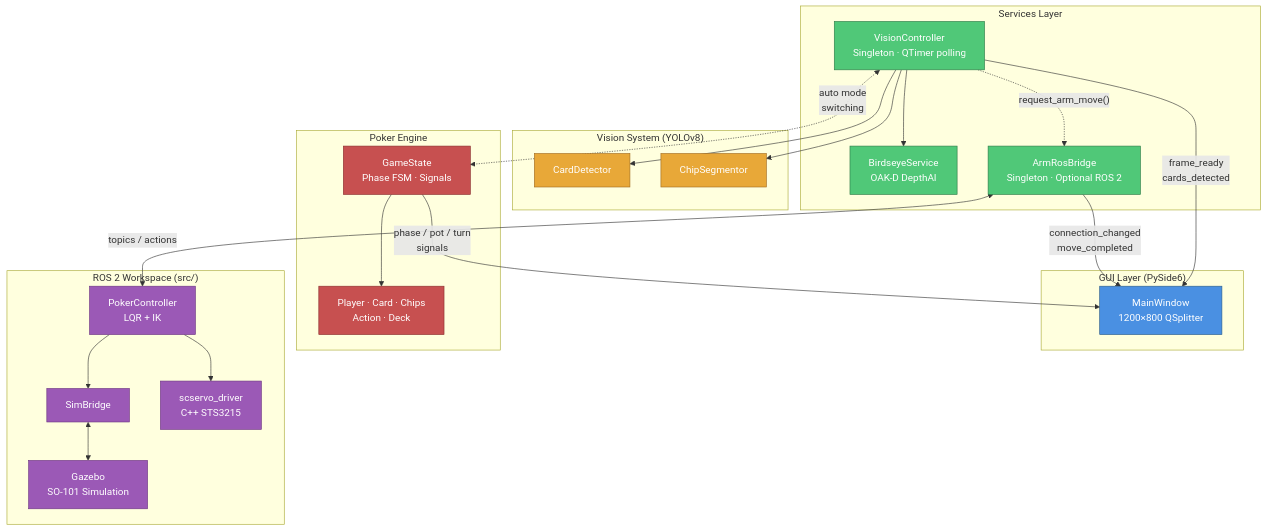
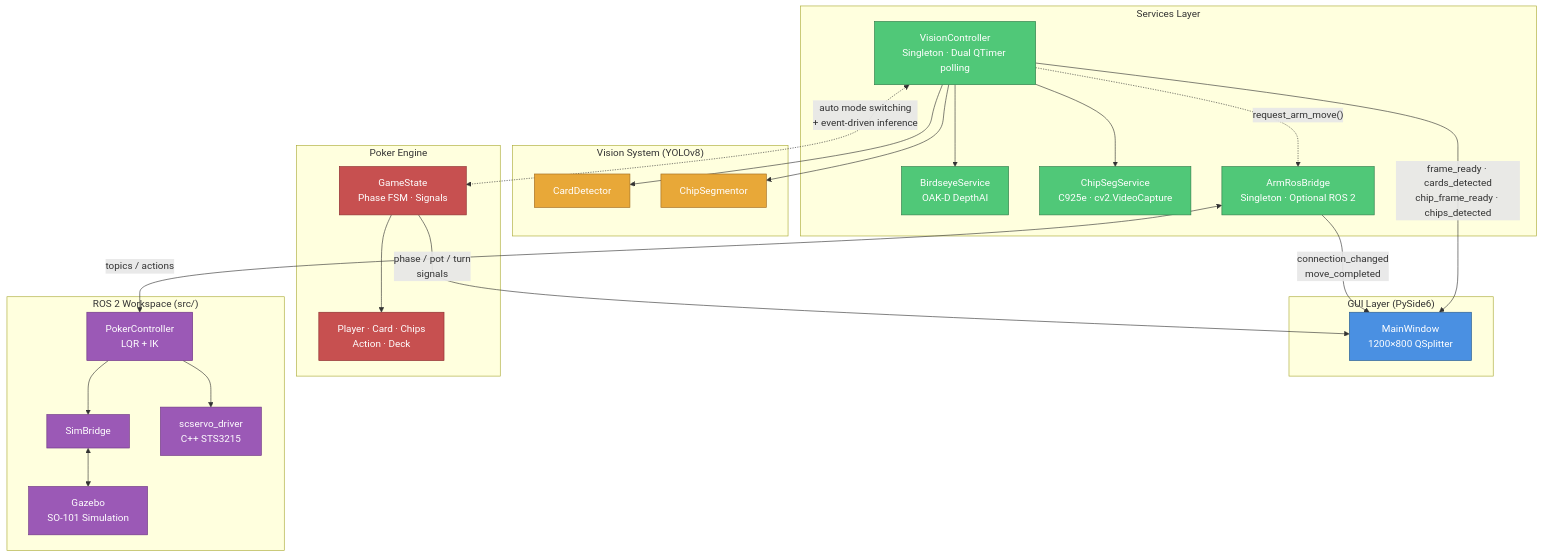
The diagram in docs/diagrams/system-architecture/system-architecture.mmd (jalliet/prap-25-26), drawn with Mermaid before and after one commit. The commit also changed 10 other files, not shown here.

First line of the commit message:
docs: update diagrams and docs for event-driven chip inference

```diff
--- a/docs/diagrams/system-architecture/system-architecture.mmd
+++ b/docs/diagrams/system-architecture/system-architecture.mmd
@@ -1,56 +1,58 @@
 graph TB
     subgraph GUI["GUI Layer (PySide6)"]
         MW["MainWindow<br/>1200×800 QSplitter"]
     end
 
     subgraph Services["Services Layer"]
-        VC["VisionController<br/>Singleton · QTimer polling"]
+        VC["VisionController<br/>Singleton · Dual QTimer polling"]
         CS["BirdseyeService<br/>OAK-D DepthAI"]
+        CSS["ChipSegService<br/>C925e · cv2.VideoCapture"]
         ARB["ArmRosBridge<br/>Singleton · Optional ROS 2"]
     end
 
     subgraph Vision["Vision System (YOLOv8)"]
         CD["CardDetector"]
         CHI["ChipSegmentor"]
     end
 
     subgraph Poker["Poker Engine"]
         GS["GameState<br/>Phase FSM · Signals"]
         PM["Player · Card · Chips<br/>Action · Deck"]
     end
 
     subgraph ROS2["ROS 2 Workspace (src/)"]
         CTRL["PokerController<br/>LQR + IK"]
         SB["SimBridge"]
         DRV["scservo_driver<br/>C++ STS3215"]
         GAZ["Gazebo<br/>SO-101 Simulation"]
     end
 
-    VC -->|"frame_ready<br/>cards_detected"| MW
+    VC -->|"frame_ready · cards_detected<br/>chip_frame_ready · chips_detected"| MW
     GS -->|"phase / pot / turn<br/>signals"| MW
     ARB -->|"connection_changed<br/>move_completed"| MW
 
     VC --> CS
+    VC --> CSS
     VC --> CD
     VC --> CHI
-    VC <-.->|"auto mode<br/>switching"| GS
+    VC <-.->|"auto mode switching<br/>+ event-driven inference"| GS
     VC -.->|"request_arm_move()"| ARB
 
     GS --> PM
 
     ARB <-->|"topics / actions"| CTRL
     CTRL --> SB
     CTRL --> DRV
     SB <--> GAZ
 
     classDef gui fill:#4A90E2,stroke:#2B5C8A,color:#fff
     classDef svc fill:#50C878,stroke:#2D7A47,color:#fff
     classDef vis fill:#E8A838,stroke:#A06B1F,color:#fff
     classDef poker fill:#C75050,stroke:#8A2D2D,color:#fff
     classDef ros fill:#9B59B6,stroke:#6C3483,color:#fff
 
     class MW gui
-    class VC,CS,ARB svc
+    class VC,CS,CSS,ARB svc
     class CD,CHI vis
     class GS,PM poker
     class CTRL,SB,DRV,GAZ ros
```
